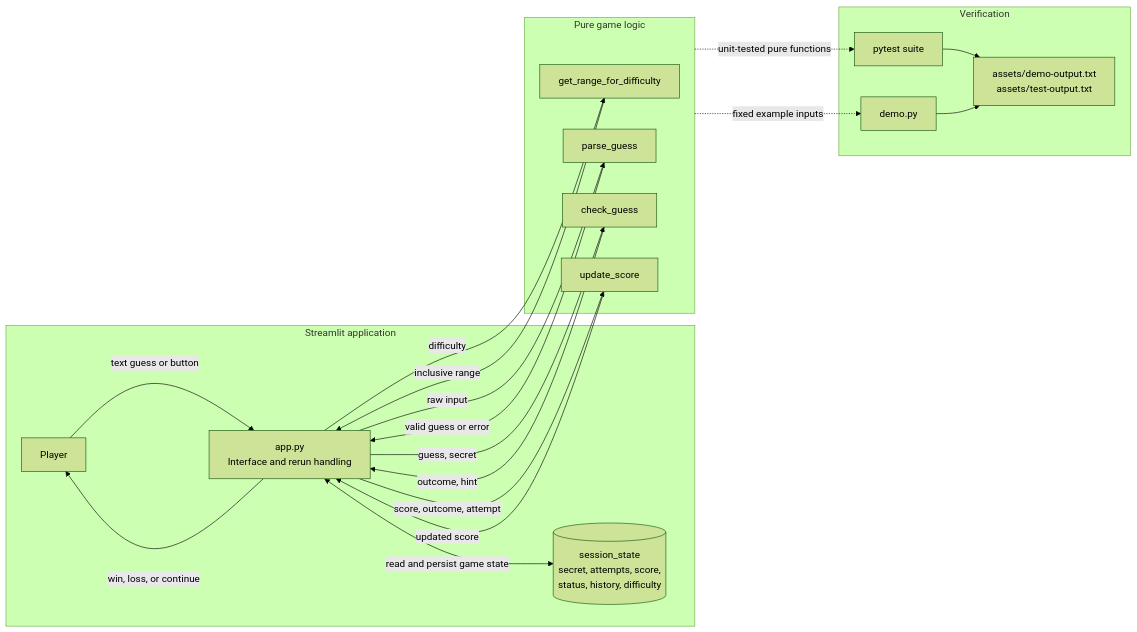
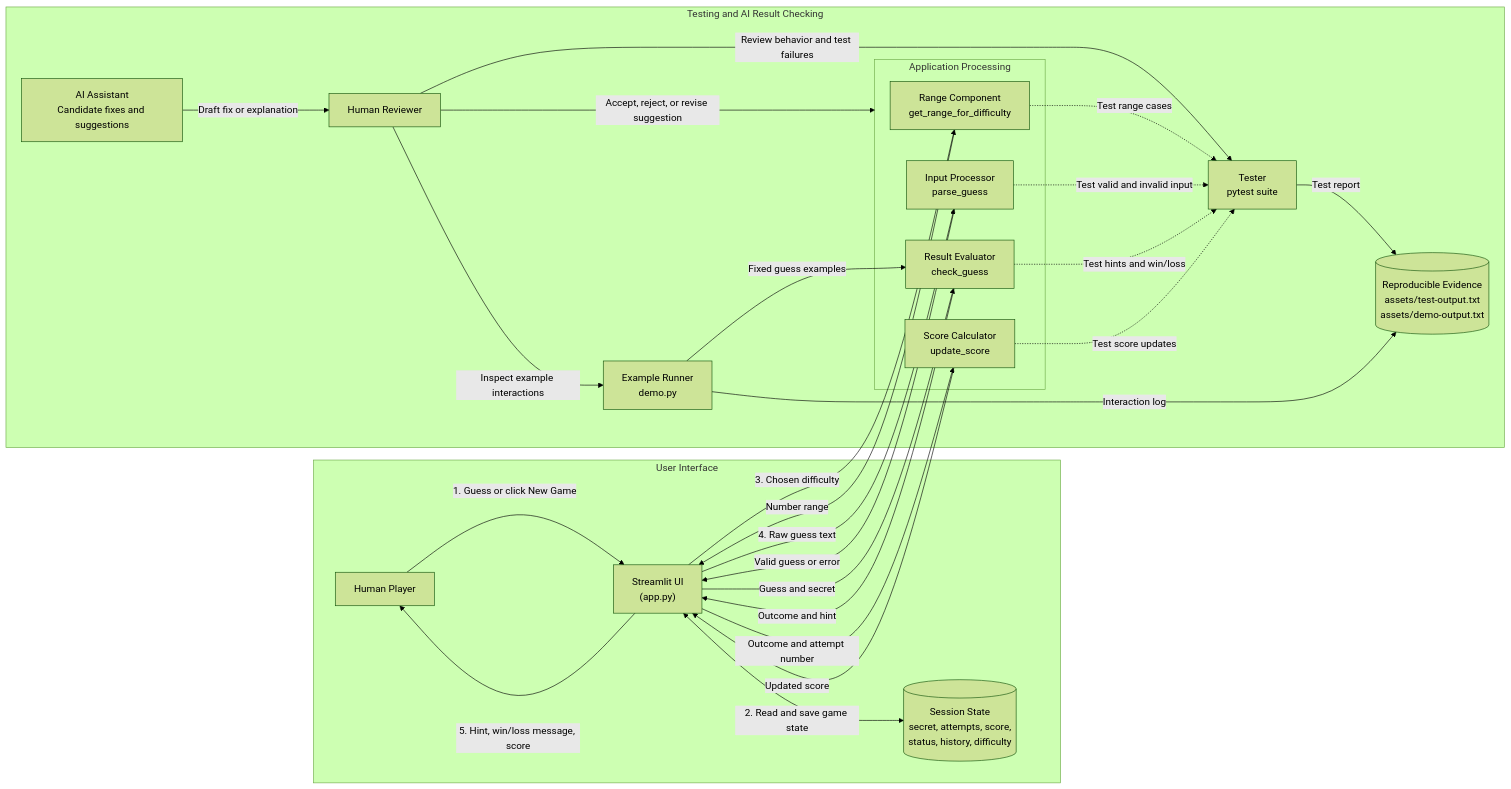
Before and after one commit to jenneyshajos/applied-ai-system-project-gameglitchinvestigator: the diagram in applied-ai-system-final/diagrams/system-architecture.mmd, drawn with Mermaid (forest theme).

Commit message:
Clarify system diagram requirements

```diff
--- a/applied-ai-system-final/diagrams/system-architecture.mmd
+++ b/applied-ai-system-final/diagrams/system-architecture.mmd
@@ -1,36 +1,46 @@
 flowchart LR
-    subgraph Client["Streamlit application"]
-        User["Player"]
-        UI["app.py\nInterface and rerun handling"]
-        State[("session_state\nsecret, attempts, score,\nstatus, history, difficulty")]
-        User -->|"text guess or button"| UI
-        UI <-->|"read and persist game state"| State
+    subgraph Interface["User Interface"]
+        Human["Human Player"]
+        UI["Streamlit UI\n(app.py)"]
+        State[("Session State\nsecret, attempts, score,\nstatus, history, difficulty")]
+        Human -->|"1. Guess or click New Game"| UI
+        UI <-->|"2. Read and save game state"| State
     end
 
-    subgraph Logic["Pure game logic"]
-        Range["get_range_for_difficulty"]
-        Parse["parse_guess"]
-        Compare["check_guess"]
-        Score["update_score"]
+    subgraph Processing["Application Processing"]
+        Range["Range Component\nget_range_for_difficulty"]
+        Parser["Input Processor\nparse_guess"]
+        Evaluator["Result Evaluator\ncheck_guess"]
+        Scorer["Score Calculator\nupdate_score"]
+
+        UI -->|"3. Chosen difficulty"| Range
+        Range -->|"Number range"| UI
+        UI -->|"4. Raw guess text"| Parser
+        Parser -->|"Valid guess or error"| UI
+        UI -->|"Guess and secret"| Evaluator
+        Evaluator -->|"Outcome and hint"| UI
+        UI -->|"Outcome and attempt number"| Scorer
+        Scorer -->|"Updated score"| UI
     end
 
-    subgraph Results["Verification"]
-        Pytest["pytest suite"]
-        Demo["demo.py"]
-        Evidence["assets/demo-output.txt\nassets/test-output.txt"]
+    subgraph Verification["Testing and AI Result Checking"]
+        HumanCheck["Human Reviewer"]
+        AIAssistant["AI Assistant\nCandidate fixes and suggestions"]
+        Pytest["Tester\npytest suite"]
+        Demo["Example Runner\ndemo.py"]
+        Evidence[("Reproducible Evidence\nassets/test-output.txt\nassets/demo-output.txt")]
+
+        AIAssistant -->|"Draft fix or explanation"| HumanCheck
+        HumanCheck -->|"Accept, reject, or revise suggestion"| Processing
+        HumanCheck -->|"Review behavior and test failures"| Pytest
+        HumanCheck -->|"Inspect example interactions"| Demo
+        Range -.->|"Test range cases"| Pytest
+        Parser -.->|"Test valid and invalid input"| Pytest
+        Evaluator -.->|"Test hints and win/loss"| Pytest
+        Scorer -.->|"Test score updates"| Pytest
+        Demo -->|"Fixed guess examples"| Evaluator
+        Pytest -->|"Test report"| Evidence
+        Demo -->|"Interaction log"| Evidence
     end
 
-    UI -->|"difficulty"| Range
-    Range -->|"inclusive range"| UI
-    UI -->|"raw input"| Parse
-    Parse -->|"valid guess or error"| UI
-    UI -->|"guess, secret"| Compare
-    Compare -->|"outcome, hint"| UI
-    UI -->|"score, outcome, attempt"| Score
-    Score -->|"updated score"| UI
-    UI -->|"win, loss, or continue"| User
-
-    Logic -.->|"unit-tested pure functions"| Pytest
-    Logic -.->|"fixed example inputs"| Demo
-    Pytest --> Evidence
-    Demo --> Evidence
+    UI -->|"5. Hint, win/loss message, score"| Human
```
